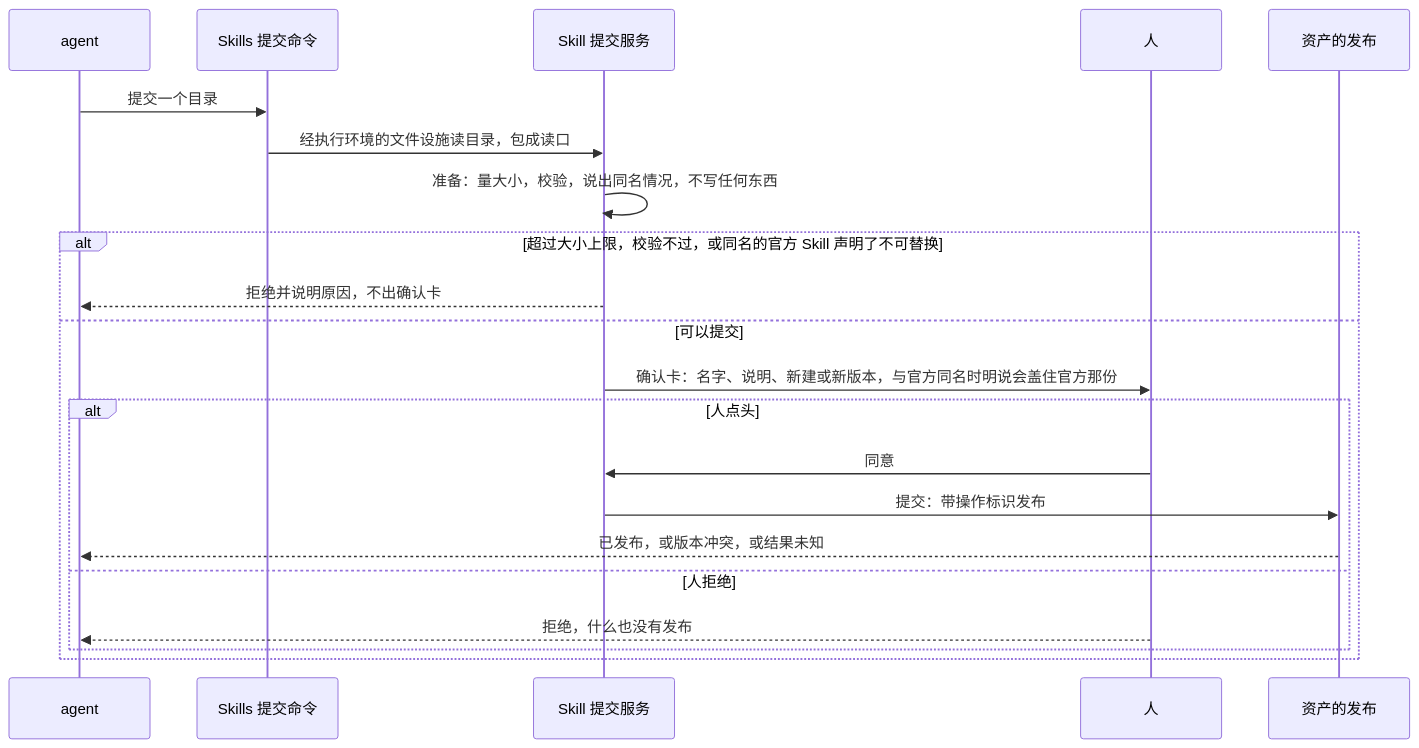
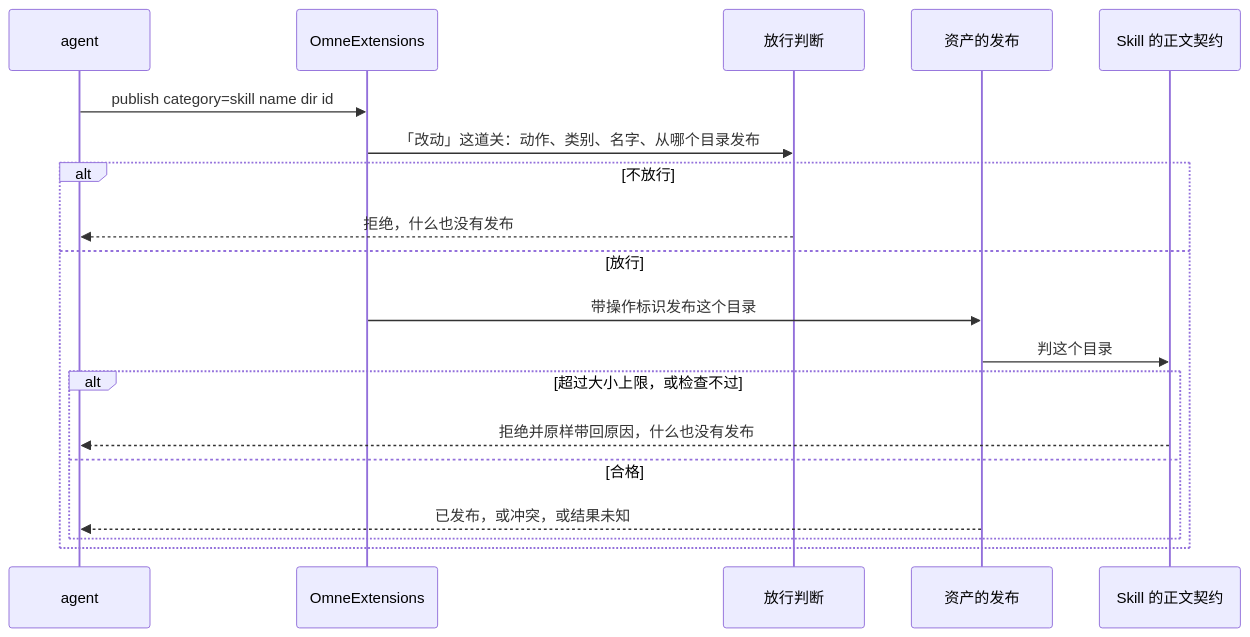
One commit to nemori-ai/omne-harness-lite changed the fourth of 4 diagrams in docs/domains/skills/key-flows.md. Above: the diagram before and after it, drawn with Mermaid. The commit also changed other lines of this file and 20 other files, not shown here.

````diff
--- a/docs/domains/skills/key-flows.md
+++ b/docs/domains/skills/key-flows.md
@@ -129,23 +129,21 @@
 ```mermaid
 sequenceDiagram
   participant A as agent
-  participant K as Skills 提交命令
-  participant S as Skill 提交服务
-  participant P as 人
+  participant T as OmneExtensions
+  participant G as 放行判断
   participant R as 资产的发布
-  A->>K: 提交一个目录
-  K->>S: 经执行环境的文件设施读目录，包成读口
-  S->>S: 准备：量大小，校验，说出同名情况，不写任何东西
-  alt 超过大小上限，校验不过，或同名的官方 Skill 声明了不可替换
-    S-->>A: 拒绝并说明原因，不出确认卡
-  else 可以提交
-    S->>P: 确认卡：名字、说明、新建或新版本，与官方同名时明说会盖住官方那份
-    alt 人点头
-      P->>S: 同意
-      S->>R: 提交：带操作标识发布
-      R-->>A: 已发布，或版本冲突，或结果未知
-    else 人拒绝
-      P-->>A: 拒绝，什么也没有发布
+  participant K as Skill 的正文契约
+  A->>T: publish category=skill name dir id
+  T->>G: 「改动」这道关：动作、类别、名字、从哪个目录发布
+  alt 不放行
+    G-->>A: 拒绝，什么也没有发布
+  else 放行
+    T->>R: 带操作标识发布这个目录
+    R->>K: 判这个目录
+    alt 超过大小上限，或检查不过
+      K-->>A: 拒绝并原样带回原因，什么也没有发布
+    else 合格
+      R-->>A: 已发布，或冲突，或结果未知
     end
   end
 ```
````
